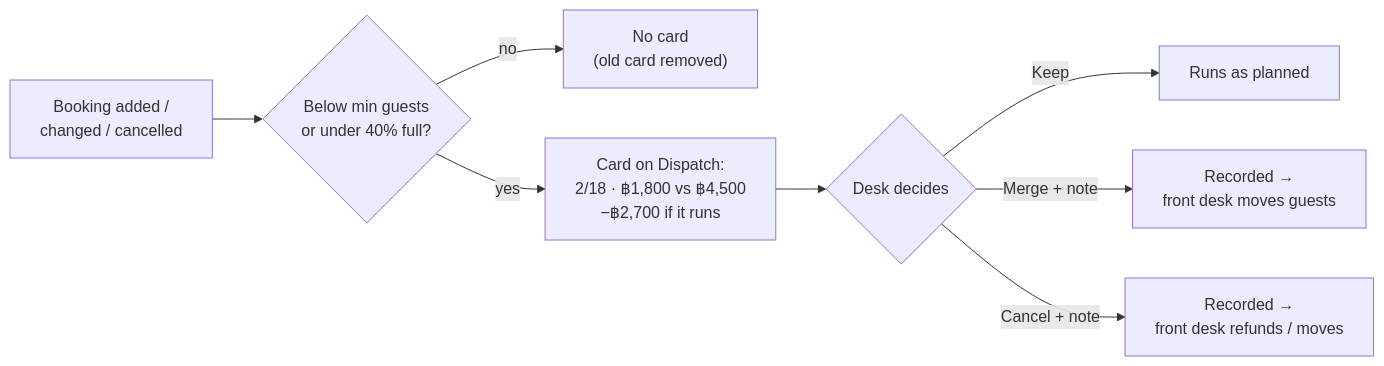
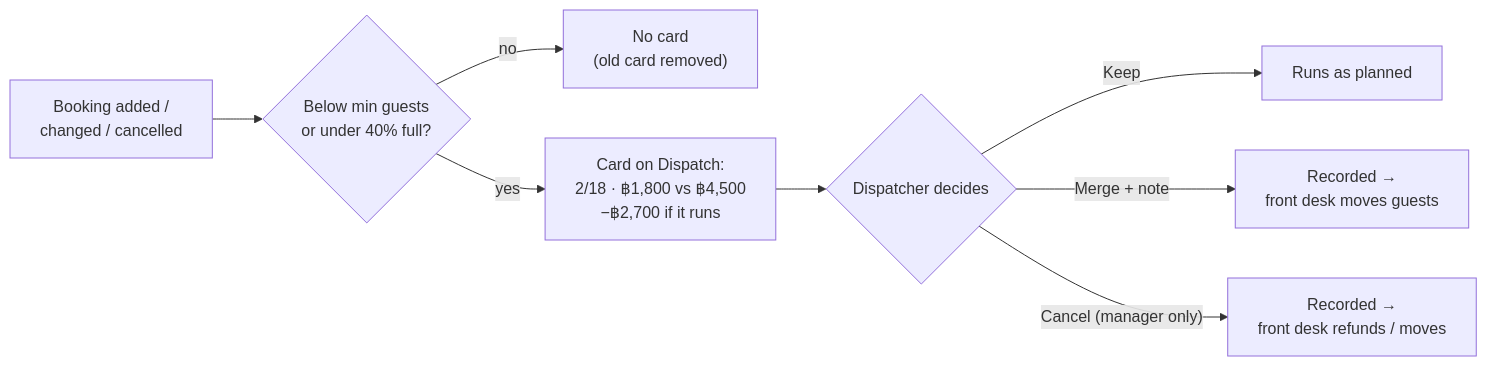
One commit to LynnT-2003/yoonie-backend changed the eighth of 10 diagrams in docs/OPERATING_RULES.md. Above: the diagram before and after it, drawn with Mermaid. The commit also changed other lines of this file and 2 other files, not shown here.

Commit message:
feat(dispatch): only managers can cancel a tour departure; room turnaround sequence diagram

````diff
--- a/docs/OPERATING_RULES.md
+++ b/docs/OPERATING_RULES.md
@@ -367,10 +402,10 @@
 ```mermaid
 flowchart LR
     BK["Booking added /<br/>changed / cancelled"] --> E{"Below min guests<br/>or under 40% full?"}
     E -->|no| OK["No card<br/>(old card removed)"]
     E -->|yes| CARD["Card on Dispatch:<br/>2/18 · ฿1,800 vs ฿4,500<br/>−฿2,700 if it runs"]
-    CARD --> D{"Desk decides"}
+    CARD --> D{"Dispatcher decides"}
     D -->|Keep| K["Runs as planned"]
     D -->|Merge + note| M["Recorded →<br/>front desk moves guests"]
-    D -->|Cancel + note| C["Recorded →<br/>front desk refunds / moves"]
+    D -->|"Cancel (manager only)"| C["Recorded →<br/>front desk refunds / moves"]
 ```
````
